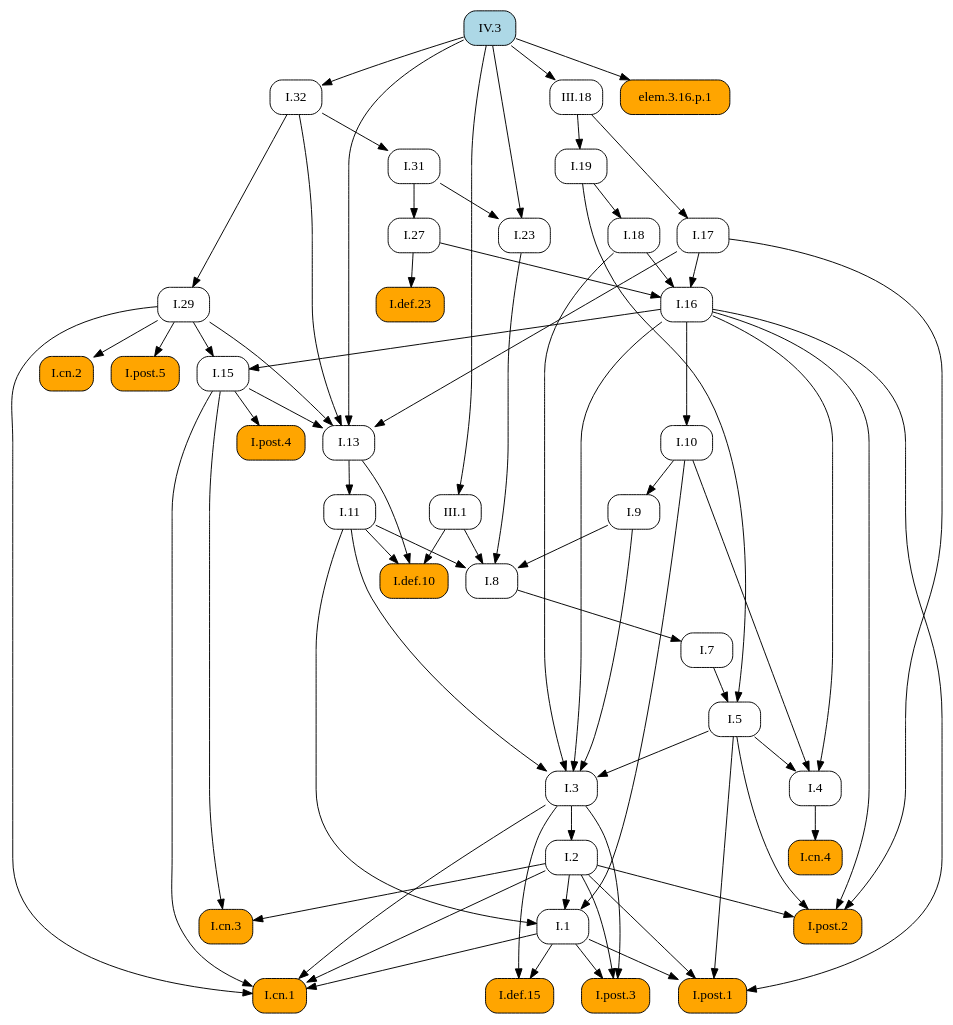
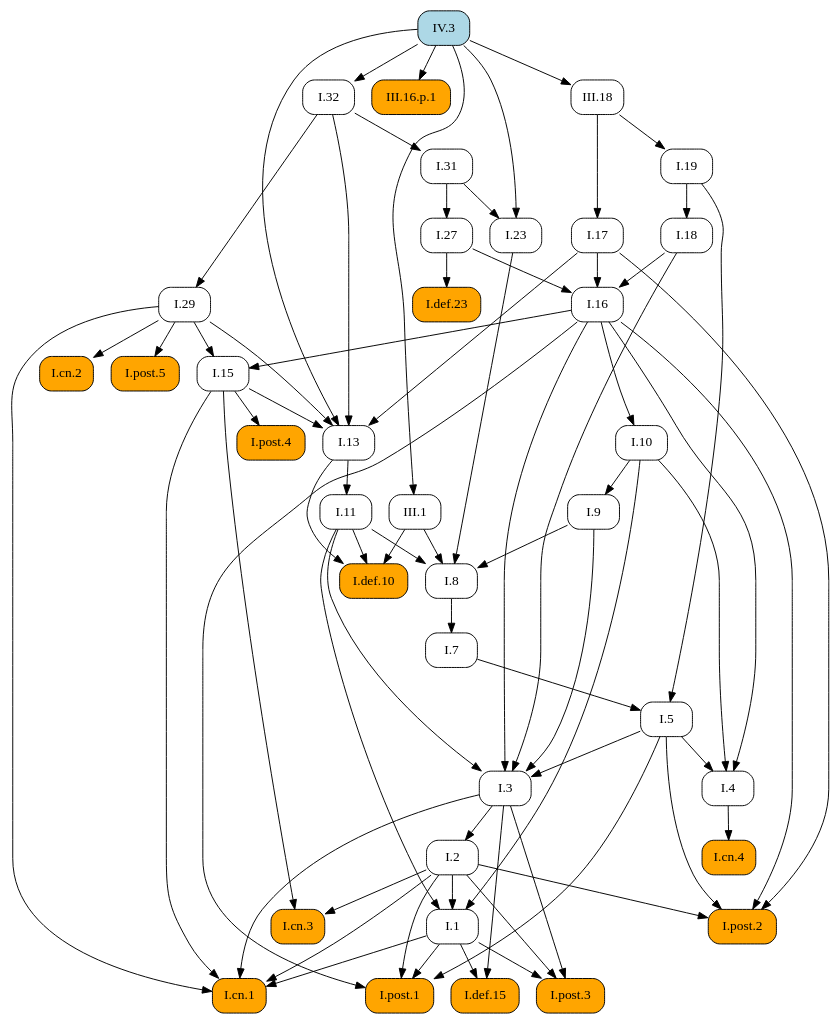
One commit to geometor/elements changed the diagram in docsrc/heath/IV/3/index.rst. Above: the diagram before and after it, drawn with Graphviz. The commit also changed other lines of this file and 484 other files, not shown here.

```diff
--- a/docsrc/heath/IV/3/index.rst
+++ b/docsrc/heath/IV/3/index.rst
@@ -64,113 +64,113 @@
    digraph {
      rankdir="TB";
      node [shape=box, style=rounded];
-     "I.def.10" [style="rounded,filled", fillcolor=orange, URL="/heath/I/def.10/", target="_top"];
-     "I.11" [URL="/heath/I/11/", target="_top"];
-     "I.post.4" [style="rounded,filled", fillcolor=orange, URL="/heath/I/post.4/", target="_top"];
-     "I.1" [URL="/heath/I/1/", target="_top"];
-     "I.29" [URL="/heath/I/29/", target="_top"];
-     "I.cn.2" [style="rounded,filled", fillcolor=orange, URL="/heath/I/cn.2/", target="_top"];
-     "I.18" [URL="/heath/I/18/", target="_top"];
+     "I.23" [URL="/heath/I/23/", target="_top"];
+     "I.9" [URL="/heath/I/9/", target="_top"];
+     "I.32" [URL="/heath/I/32/", target="_top"];
+     "III.16.p.1" [style="rounded,filled", fillcolor=orange];
      "I.def.15" [style="rounded,filled", fillcolor=orange, URL="/heath/I/def.15/", target="_top"];
      "I.post.3" [style="rounded,filled", fillcolor=orange, URL="/heath/I/post.3/", target="_top"];
+     "III.1" [URL="/heath/III/1/", target="_top"];
+     "I.post.1" [style="rounded,filled", fillcolor=orange, URL="/heath/I/post.1/", target="_top"];
+     "I.19" [URL="/heath/I/19/", target="_top"];
+     "I.31" [URL="/heath/I/31/", target="_top"];
+     "I.def.10" [style="rounded,filled", fillcolor=orange, URL="/heath/I/def.10/", target="_top"];
+     "I.18" [URL="/heath/I/18/", target="_top"];
+     "I.27" [URL="/heath/I/27/", target="_top"];
+     "I.3" [URL="/heath/I/3/", target="_top"];
      "I.cn.1" [style="rounded,filled", fillcolor=orange, URL="/heath/I/cn.1/", target="_top"];
+     "III.18" [URL="/heath/III/18/", target="_top"];
+     "I.7" [URL="/heath/I/7/", target="_top"];
+     "I.2" [URL="/heath/I/2/", target="_top"];
+     "I.13" [URL="/heath/I/13/", target="_top"];
+     "I.post.4" [style="rounded,filled", fillcolor=orange, URL="/heath/I/post.4/", target="_top"];
+     "I.4" [URL="/heath/I/4/", target="_top"];
+     "IV.3" [style="rounded,filled", fillcolor=lightblue, URL="/heath/IV/3/", target="_top"];
+     "I.1" [URL="/heath/I/1/", target="_top"];
+     "I.5" [URL="/heath/I/5/", target="_top"];
+     "I.17" [URL="/heath/I/17/", target="_top"];
+     "I.8" [URL="/heath/I/8/", target="_top"];
+     "I.29" [URL="/heath/I/29/", target="_top"];
      "I.cn.3" [style="rounded,filled", fillcolor=orange, URL="/heath/I/cn.3/", target="_top"];
-     "I.23" [URL="/heath/I/23/", target="_top"];
-     "elem.3.16.p.1" [style="rounded,filled", fillcolor=orange];
-     "I.post.1" [style="rounded,filled", fillcolor=orange, URL="/heath/I/post.1/", target="_top"];
-     "I.27" [URL="/heath/I/27/", target="_top"];
-     "IV.3" [style="rounded,filled", fillcolor=lightblue, URL="/heath/IV/3/", target="_top"];
-     "I.7" [URL="/heath/I/7/", target="_top"];
-     "I.3" [URL="/heath/I/3/", target="_top"];
-     "I.2" [URL="/heath/I/2/", target="_top"];
+     "I.16" [URL="/heath/I/16/", target="_top"];
+     "I.15" [URL="/heath/I/15/", target="_top"];
+     "I.10" [URL="/heath/I/10/", target="_top"];
+     "I.11" [URL="/heath/I/11/", target="_top"];
      "I.def.23" [style="rounded,filled", fillcolor=orange, URL="/heath/I/def.23/", target="_top"];
-     "I.4" [URL="/heath/I/4/", target="_top"];
-     "I.13" [URL="/heath/I/13/", target="_top"];
-     "I.17" [URL="/heath/I/17/", target="_top"];
-     "I.31" [URL="/heath/I/31/", target="_top"];
+     "I.cn.2" [style="rounded,filled", fillcolor=orange, URL="/heath/I/cn.2/", target="_top"];
+     "I.post.5" [style="rounded,filled", fillcolor=orange, URL="/heath/I/post.5/", target="_top"];
+     "I.cn.4" [style="rounded,filled", fillcolor=orange, URL="/heath/I/cn.4/", target="_top"];
      "I.post.2" [style="rounded,filled", fillcolor=orange, URL="/heath/I/post.2/", target="_top"];
-     "I.16" [URL="/heath/I/16/", target="_top"];
-     "I.19" [URL="/heath/I/19/", target="_top"];
-     "I.9" [URL="/heath/I/9/", target="_top"];
-     "III.1" [URL="/heath/III/1/", target="_top"];
-     "I.32" [URL="/heath/I/32/", target="_top"];
-     "I.8" [URL="/heath/I/8/", target="_top"];
-     "I.cn.4" [style="rounded,filled", fillcolor=orange, URL="/heath/I/cn.4/", target="_top"];
-     "I.15" [URL="/heath/I/15/", target="_top"];
-     "I.post.5" [style="rounded,filled", fillcolor=orange, URL="/heath/I/post.5/", target="_top"];
-     "I.10" [URL="/heath/I/10/", target="_top"];
-     "III.18" [URL="/heath/III/18/", target="_top"];
-     "I.5" [URL="/heath/I/5/", target="_top"];
-     "I.11" -> "I.def.10";
-     "I.13" -> "I.def.10";
-     "III.1" -> "I.def.10";
-     "I.13" -> "I.11";
-     "I.15" -> "I.post.4";
-     "I.2" -> "I.1";
-     "I.10" -> "I.1";
-     "I.11" -> "I.1";
-     "I.32" -> "I.29";
-     "I.29" -> "I.cn.2";
-     "I.19" -> "I.18";
+     "I.31" -> "I.23";
+     "IV.3" -> "I.23";
+     "I.10" -> "I.9";
+     "IV.3" -> "I.32";
+     "IV.3" -> "III.16.p.1";
      "I.1" -> "I.def.15";
      "I.3" -> "I.def.15";
      "I.1" -> "I.post.3";
      "I.2" -> "I.post.3";
      "I.3" -> "I.post.3";
+     "IV.3" -> "III.1";
+     "I.1" -> "I.post.1";
+     "I.2" -> "I.post.1";
+     "I.5" -> "I.post.1";
+     "I.16" -> "I.post.1";
+     "III.18" -> "I.19";
+     "I.32" -> "I.31";
+     "I.11" -> "I.def.10";
+     "I.13" -> "I.def.10";
+     "III.1" -> "I.def.10";
+     "I.19" -> "I.18";
+     "I.31" -> "I.27";
+     "I.5" -> "I.3";
+     "I.9" -> "I.3";
+     "I.11" -> "I.3";
+     "I.16" -> "I.3";
+     "I.18" -> "I.3";
      "I.1" -> "I.cn.1";
      "I.2" -> "I.cn.1";
      "I.3" -> "I.cn.1";
      "I.15" -> "I.cn.1";
      "I.29" -> "I.cn.1";
-     "I.2" -> "I.cn.3";
-     "I.15" -> "I.cn.3";
-     "I.31" -> "I.23";
-     "IV.3" -> "I.23";
-     "IV.3" -> "elem.3.16.p.1";
-     "I.1" -> "I.post.1";
-     "I.2" -> "I.post.1";
-     "I.5" -> "I.post.1";
-     "I.16" -> "I.post.1";
-     "I.31" -> "I.27";
+     "IV.3" -> "III.18";
      "I.8" -> "I.7";
-     "I.5" -> "I.3";
-     "I.9" -> "I.3";
-     "I.11" -> "I.3";
-     "I.16" -> "I.3";
-     "I.18" -> "I.3";
      "I.3" -> "I.2";
-     "I.27" -> "I.def.23";
-     "I.5" -> "I.4";
-     "I.10" -> "I.4";
-     "I.16" -> "I.4";
      "I.15" -> "I.13";
      "I.17" -> "I.13";
      "I.29" -> "I.13";
      "I.32" -> "I.13";
      "IV.3" -> "I.13";
+     "I.15" -> "I.post.4";
+     "I.5" -> "I.4";
+     "I.10" -> "I.4";
+     "I.16" -> "I.4";
+     "I.2" -> "I.1";
+     "I.10" -> "I.1";
+     "I.11" -> "I.1";
+     "I.7" -> "I.5";
+     "I.19" -> "I.5";
      "III.18" -> "I.17";
-     "I.32" -> "I.31";
+     "I.9" -> "I.8";
+     "I.11" -> "I.8";
+     "I.23" -> "I.8";
+     "III.1" -> "I.8";
+     "I.32" -> "I.29";
+     "I.2" -> "I.cn.3";
+     "I.15" -> "I.cn.3";
+     "I.17" -> "I.16";
+     "I.18" -> "I.16";
+     "I.27" -> "I.16";
+     "I.16" -> "I.15";
+     "I.29" -> "I.15";
+     "I.16" -> "I.10";
+     "I.13" -> "I.11";
+     "I.27" -> "I.def.23";
+     "I.29" -> "I.cn.2";
+     "I.29" -> "I.post.5";
+     "I.4" -> "I.cn.4";
      "I.2" -> "I.post.2";
      "I.5" -> "I.post.2";
      "I.16" -> "I.post.2";
      "I.17" -> "I.post.2";
-     "I.17" -> "I.16";
-     "I.18" -> "I.16";
-     "I.27" -> "I.16";
-     "III.18" -> "I.19";
-     "I.10" -> "I.9";
-     "IV.3" -> "III.1";
-     "IV.3" -> "I.32";
-     "I.9" -> "I.8";
-     "I.11" -> "I.8";
-     "I.23" -> "I.8";
-     "III.1" -> "I.8";
-     "I.4" -> "I.cn.4";
-     "I.16" -> "I.15";
-     "I.29" -> "I.15";
-     "I.29" -> "I.post.5";
-     "I.16" -> "I.10";
-     "IV.3" -> "III.18";
-     "I.7" -> "I.5";
-     "I.19" -> "I.5";
    }
```
